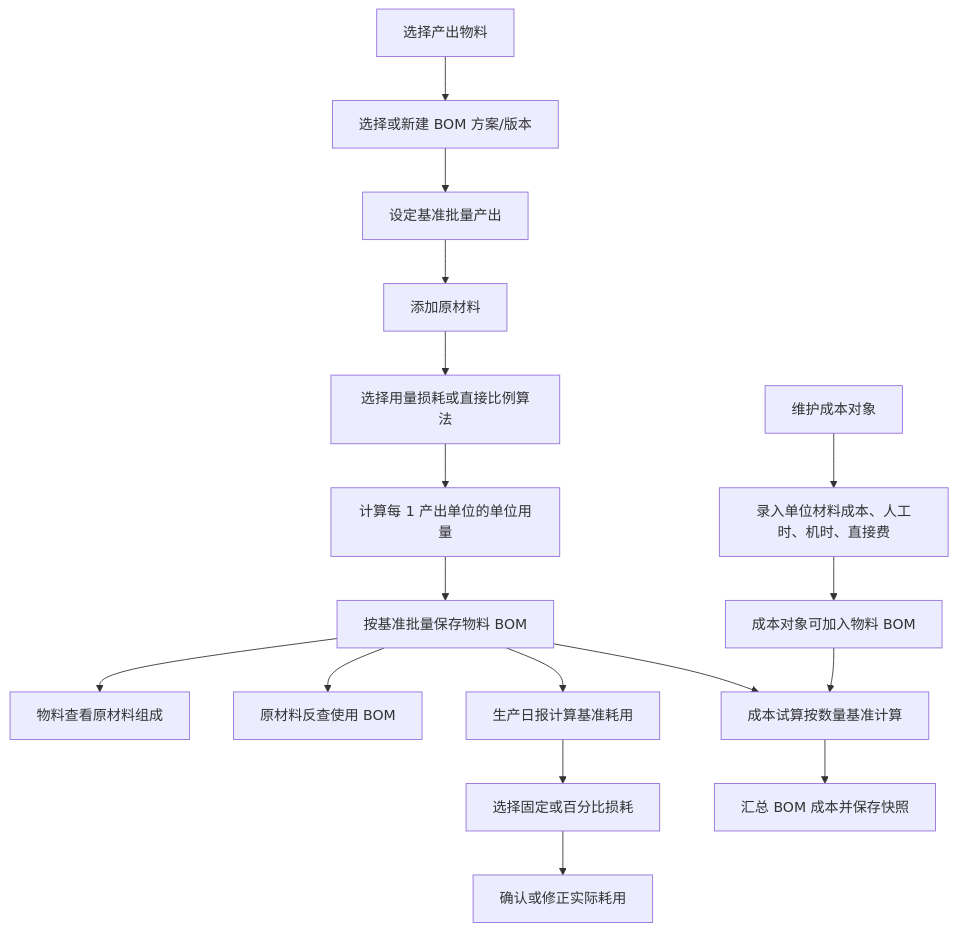
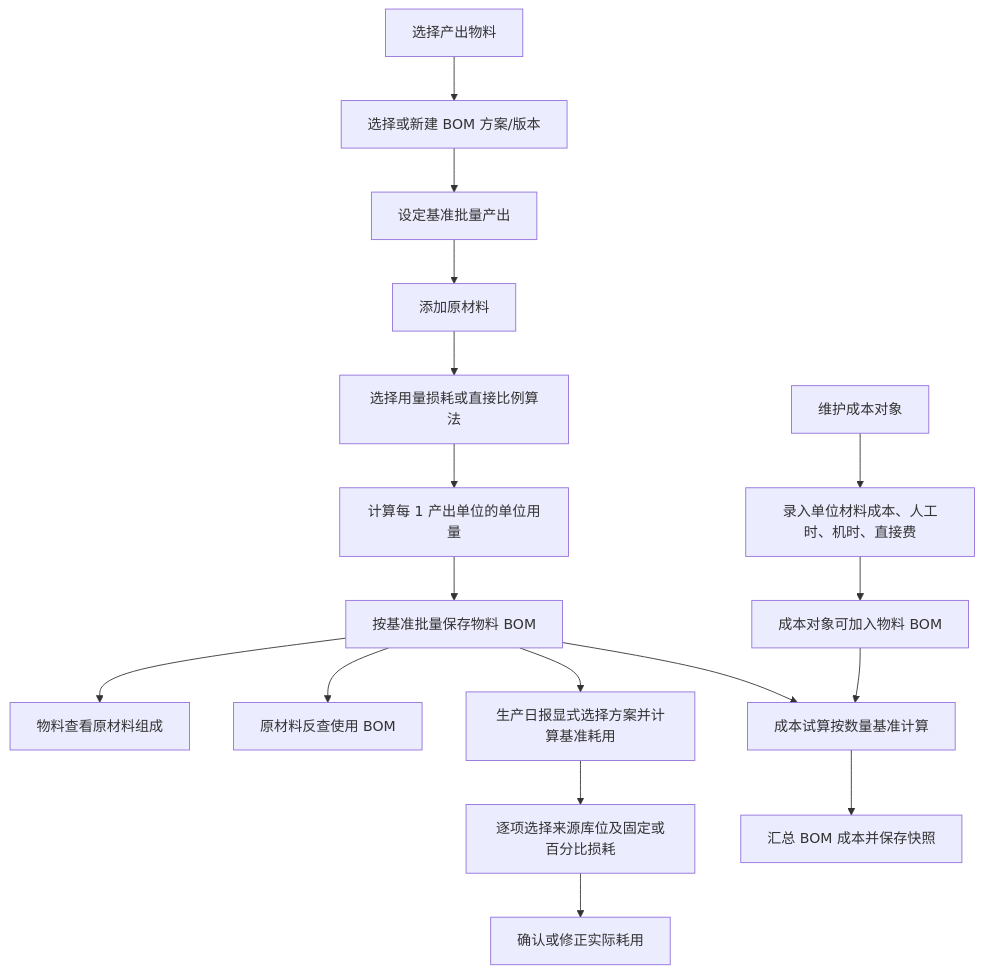
Before and after one commit to goldf2/mes-lite: diagram 12 of 16 in docs/minierp/system-function-flow.md, drawn with Mermaid. The commit also changed other lines of this file and 20 other files, not shown here.

Commit message:
feat: close daily production BOM posting flow

````diff
--- a/docs/minierp/system-function-flow.md
+++ b/docs/minierp/system-function-flow.md
@@ -386,19 +387,19 @@
 ```mermaid
 flowchart TD
   A["选择产出物料"] --> V["选择或新建 BOM 方案/版本"]
   V --> Q["设定基准批量产出"]
   Q --> B["添加原材料"]
   B --> C["选择用量损耗或直接比例算法"]
   C --> R["计算每 1 产出单位的单位用量"]
   R --> D["按基准批量保存物料 BOM"]
   D --> E["物料查看原材料组成"]
   D --> F["原材料反查使用 BOM"]
   D --> G["成本试算按数量基准计算"]
-  D --> P["生产日报计算基准耗用"]
-  P --> L["选择固定或百分比损耗"]
+  D --> P["生产日报显式选择方案并计算基准耗用"]
+  P --> L["逐项选择来源库位及固定或百分比损耗"]
   L --> M["确认或修正实际耗用"]
   H["维护成本对象"] --> I["录入单位材料成本、人工时、机时、直接费"]
   I --> J["成本对象可加入物料 BOM"]
   J --> G
   G --> K["汇总 BOM 成本并保存快照"]
 ```
````
